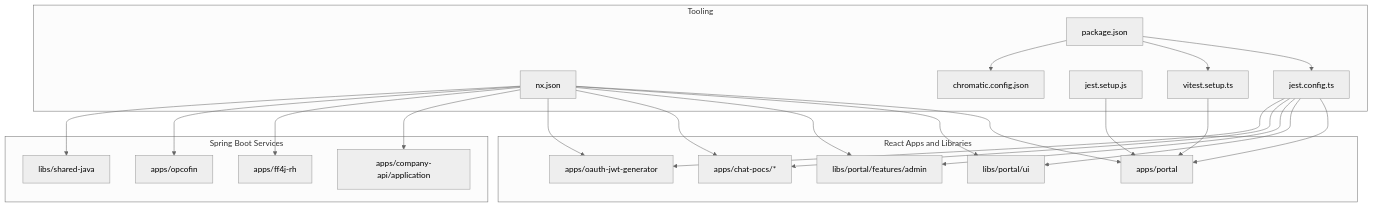
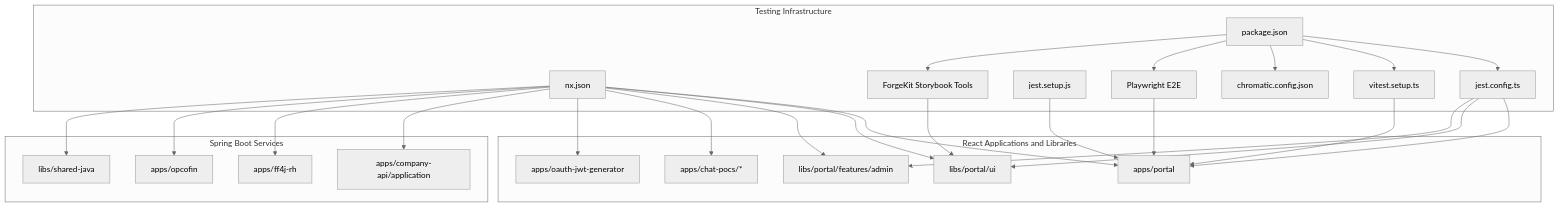
The first of 3 diagrams in .qoder/repowiki/en/content/Testing Strategy.md (effinrich/rh-nx-monorepo), drawn with Mermaid (neutral theme) before and after one commit. The commit also changed other lines of this file and 130 other files, not shown here.

First line of the commit message:
feat: update package dependencies and improve Storybook integration

````diff
--- a/.qoder/repowiki/en/content/Testing Strategy.md
+++ b/.qoder/repowiki/en/content/Testing Strategy.md
@@ -90,43 +94,47 @@
 ```mermaid
 graph TB
-subgraph "React Apps and Libraries"
+subgraph "React Applications and Libraries"
 Portal["apps/portal"]
 PortalUI["libs/portal/ui"]
 PortalFeaturesAdmin["libs/portal/features/admin"]
 ChatPocs["apps/chat-pocs/*"]
 OAuthJWT["apps/oauth-jwt-generator"]
 end
 subgraph "Spring Boot Services"
 CompanyAPI["apps/company-api/application"]
 FF4JRh["apps/ff4j-rh"]
 Opcofin["apps/opcofin"]
 SharedJava["libs/shared-java"]
 end
-subgraph "Tooling"
+subgraph "Testing Infrastructure"
 Nx["nx.json"]
 JestCfg["jest.config.ts"]
 JestSetup["jest.setup.js"]
 VitestSetup["vitest.setup.ts"]
 Chromatic["chromatic.config.json"]
+Playwright["Playwright E2E"]
+ForgeKit["ForgeKit Storybook Tools"]
 Package["package.json"]
 end
 Nx --> Portal
 Nx --> PortalUI
 Nx --> PortalFeaturesAdmin
 Nx --> ChatPocs
 Nx --> OAuthJWT
 Nx --> CompanyAPI
 Nx --> FF4JRh
 Nx --> Opcofin
 Nx --> SharedJava
 Package --> JestCfg
 Package --> VitestSetup
 Package --> Chromatic
+Package --> Playwright
+Package --> ForgeKit
 JestCfg --> Portal
 JestCfg --> PortalUI
 JestCfg --> PortalFeaturesAdmin
-JestCfg --> ChatPocs
-JestCfg --> OAuthJWT
 JestSetup --> Portal
 VitestSetup --> Portal
+Playwright --> Portal
+ForgeKit --> PortalUI
 ```
````
